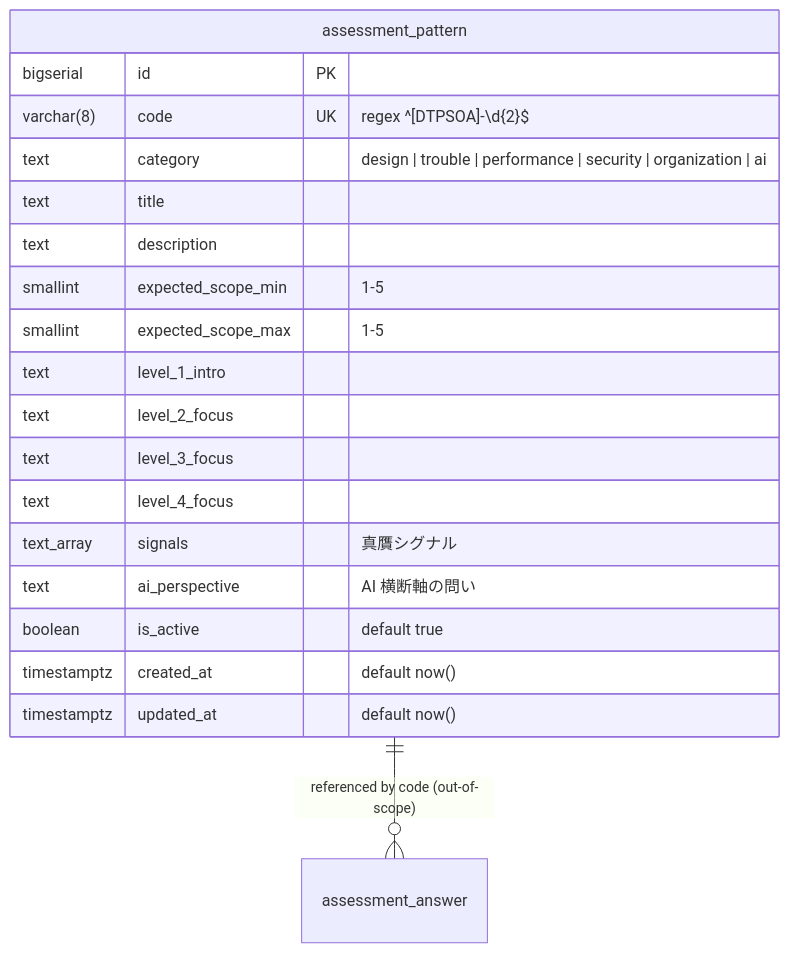
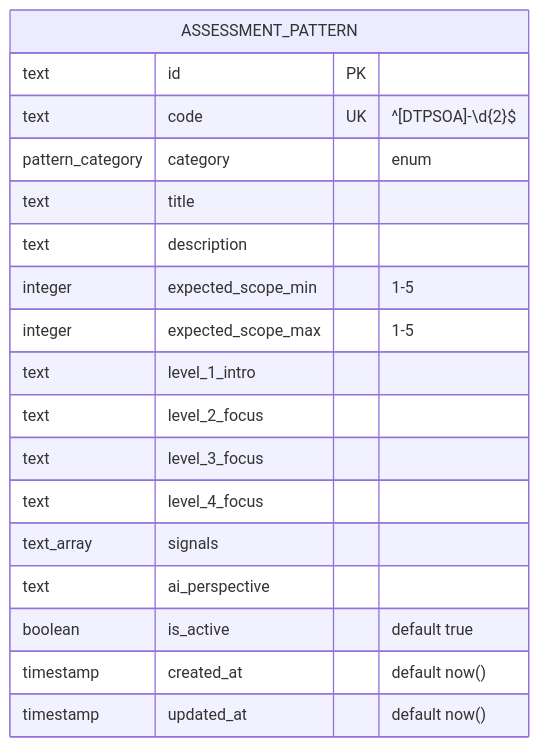
The second of 3 diagrams in .kiro/specs/assessment-pattern-seed/design.md (nonnta-ww/bulr-app-mvp), drawn with Mermaid before and after one commit. The commit also changed other lines of this file and 39 other files, not shown here.

````diff
--- a/.kiro/specs/assessment-pattern-seed/design.md
+++ b/.kiro/specs/assessment-pattern-seed/design.md
@@ -804,23 +699,21 @@
 ```mermaid
 erDiagram
-    assessment_pattern ||--o{ assessment_answer : "referenced by code (out-of-scope)"
-
-    assessment_pattern {
-        bigserial id PK
-        varchar(8) code UK "regex ^[DTPSOA]-\\d{2}$"
-        text category "design | trouble | performance | security | organization | ai"
+    ASSESSMENT_PATTERN {
+        text id PK
+        text code UK "^[DTPSOA]-\\d{2}$"
+        pattern_category category "enum"
         text title
         text description
-        smallint expected_scope_min "1-5"
-        smallint expected_scope_max "1-5"
+        integer expected_scope_min "1-5"
+        integer expected_scope_max "1-5"
         text level_1_intro
         text level_2_focus
         text level_3_focus
         text level_4_focus
-        text_array signals "真贋シグナル"
-        text ai_perspective "AI 横断軸の問い"
+        text_array signals
+        text ai_perspective
         boolean is_active "default true"
-        timestamptz created_at "default now()"
-        timestamptz updated_at "default now()"
+        timestamp created_at "default now()"
+        timestamp updated_at "default now()"
     }
 ```
````
